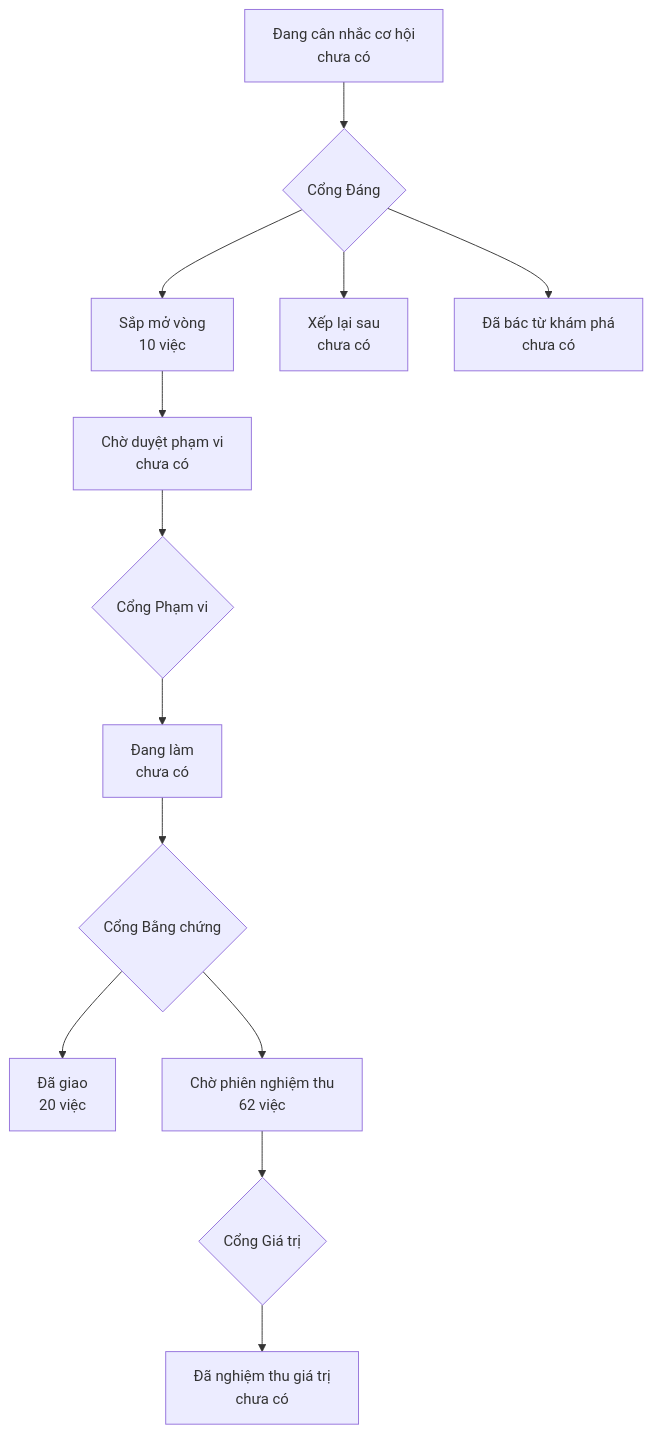
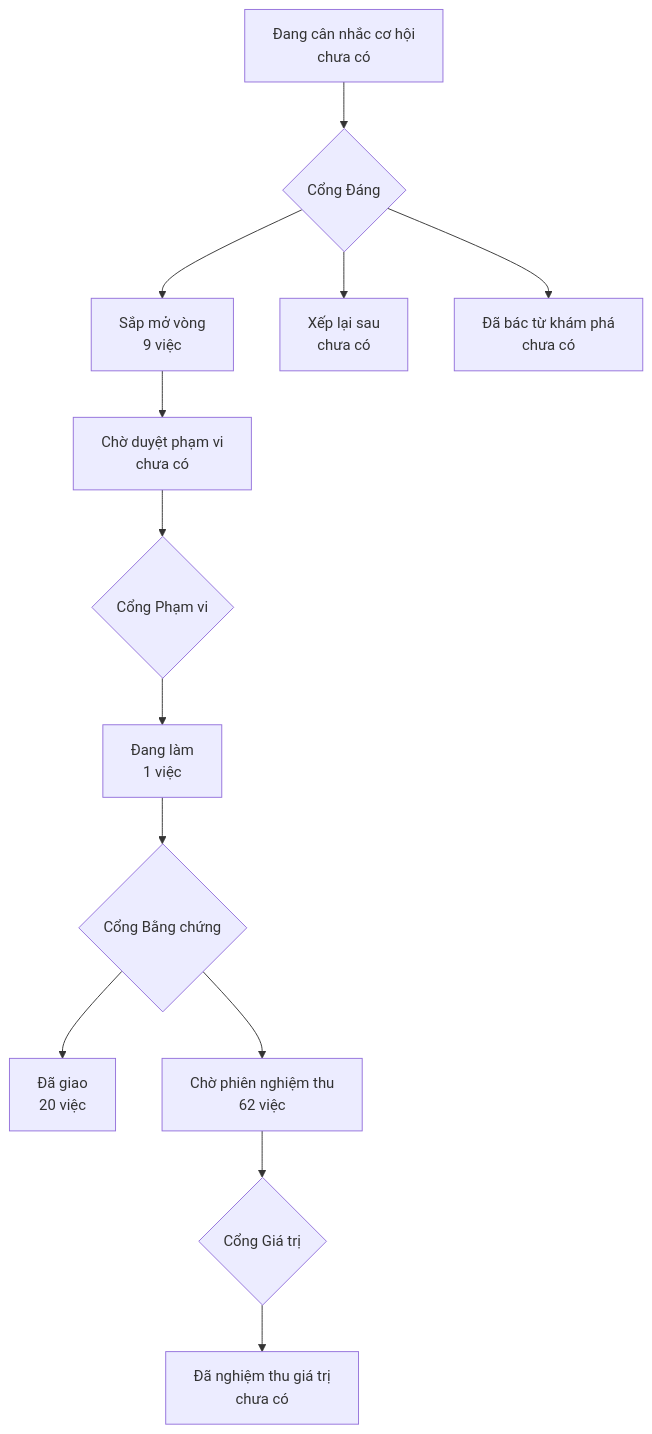
One commit to phanlemanh/onehub-quy-hang changed the diagram in PRODUCT-MAP.md. Above: the diagram before and after it, drawn with Mermaid. The commit also changed other lines of this file and 3 other files, not shown here.

````diff
--- a/PRODUCT-MAP.md
+++ b/PRODUCT-MAP.md
@@ -7,12 +7,12 @@
 ```mermaid
 flowchart TD
   A["Đang cân nhắc cơ hội<br/>chưa có"] --> GD{"Cổng Đáng"}
-  GD --> B["Sắp mở vòng<br/>10 việc"]
+  GD --> B["Sắp mở vòng<br/>9 việc"]
   GD --> XL["Xếp lại sau<br/>chưa có"]
   GD --> DB["Đã bác từ khám phá<br/>chưa có"]
   B --> CD["Chờ duyệt phạm vi<br/>chưa có"] --> GP{"Cổng Phạm vi"}
-  GP --> DL["Đang làm<br/>chưa có"] --> GB{"Cổng Bằng chứng"}
+  GP --> DL["Đang làm<br/>1 việc"] --> GB{"Cổng Bằng chứng"}
   GB --> DG["Đã giao<br/>20 việc"]
   GB --> CN["Chờ phiên nghiệm thu<br/>62 việc"] --> GG{"Cổng Giá trị"}
   GG --> NT["Đã nghiệm thu giá trị<br/>chưa có"]
 ```
````
